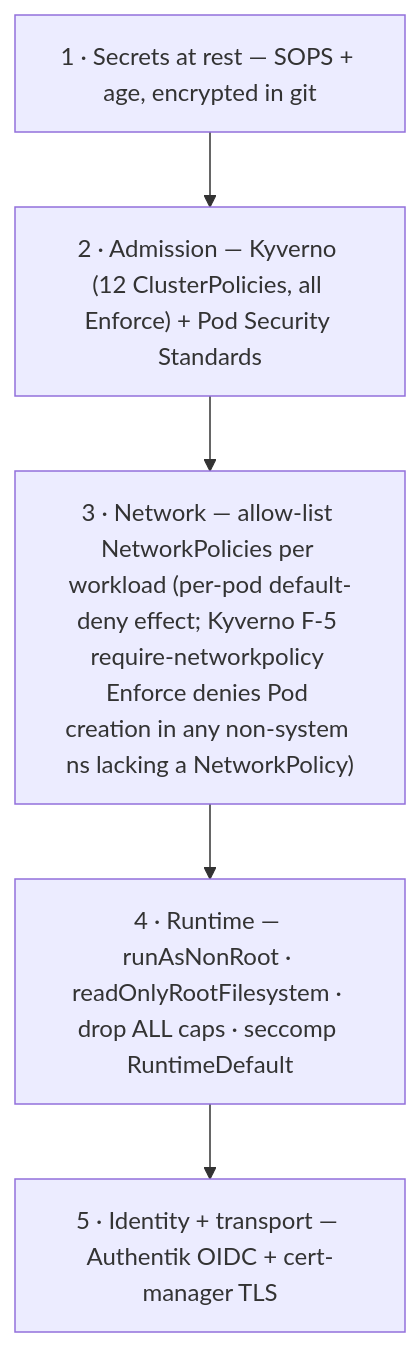
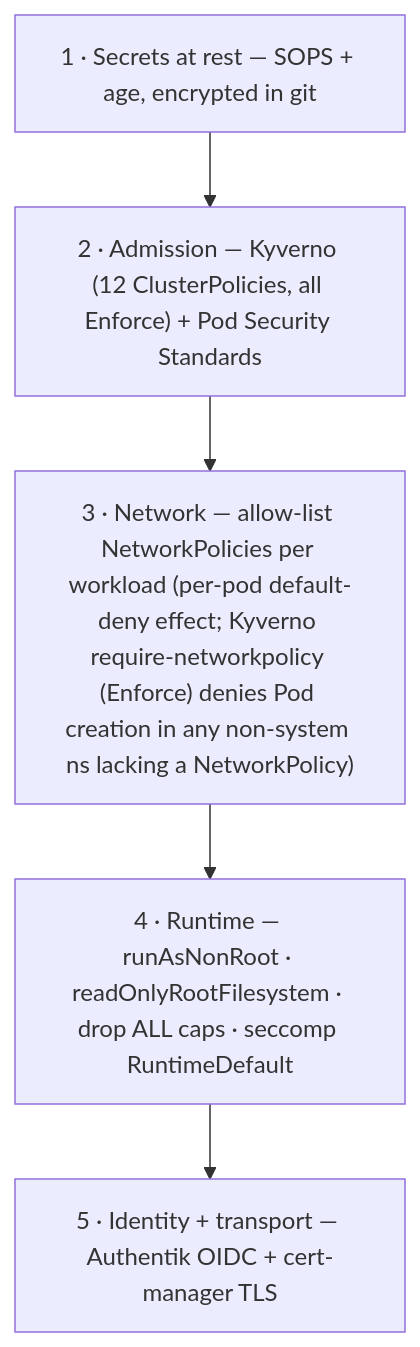
The fourth of 4 diagrams in docs/ARCHITECTURE.md (AKhozya/homelab), drawn with Mermaid before and after one commit. The commit also changed other lines of this file and 3 other files, not shown here.

Commit message:
docs: humanize architecture, system overview, security and firewall docs

````diff
--- a/docs/ARCHITECTURE.md
+++ b/docs/ARCHITECTURE.md
@@ -94,9 +98,9 @@
 ```mermaid
 flowchart TB
   L1["1 · Secrets at rest — SOPS + age, encrypted in git"]
   L2["2 · Admission — Kyverno (12 ClusterPolicies, all Enforce) + Pod Security Standards"]
-  L3["3 · Network — allow-list NetworkPolicies per workload (per-pod default-deny effect; Kyverno F-5 require-networkpolicy Enforce denies Pod creation in any non-system ns lacking a NetworkPolicy)"]
+  L3["3 · Network — allow-list NetworkPolicies per workload (per-pod default-deny effect; Kyverno require-networkpolicy (Enforce) denies Pod creation in any non-system ns lacking a NetworkPolicy)"]
   L4["4 · Runtime — runAsNonRoot · readOnlyRootFilesystem · drop ALL caps · seccomp RuntimeDefault"]
   L5["5 · Identity + transport — Authentik OIDC + cert-manager TLS"]
   L1 --> L2 --> L3 --> L4 --> L5
 ```
````
